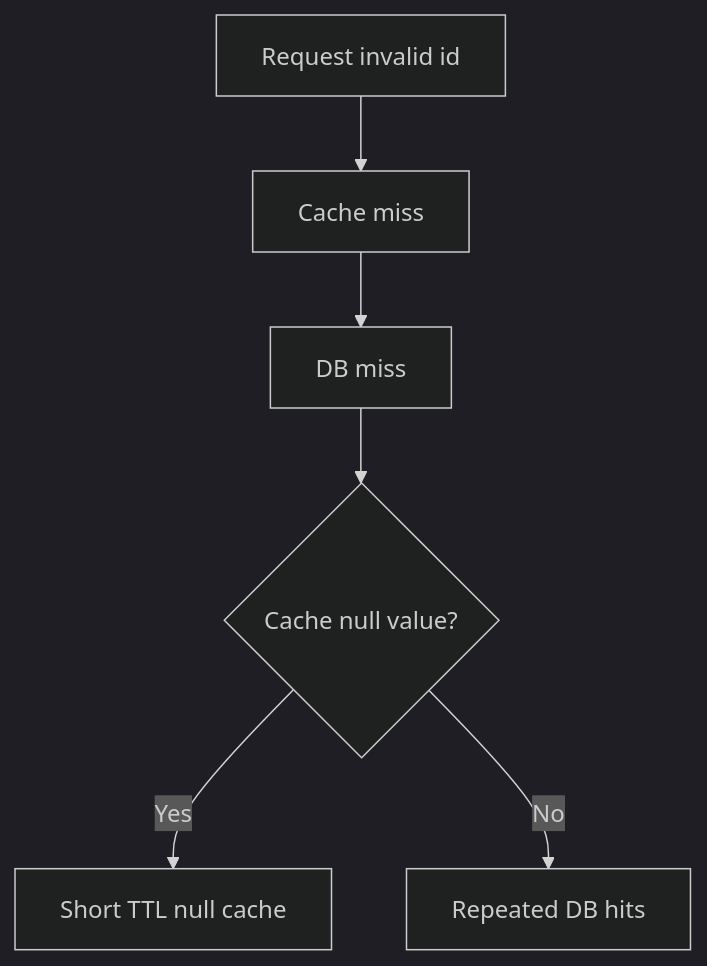
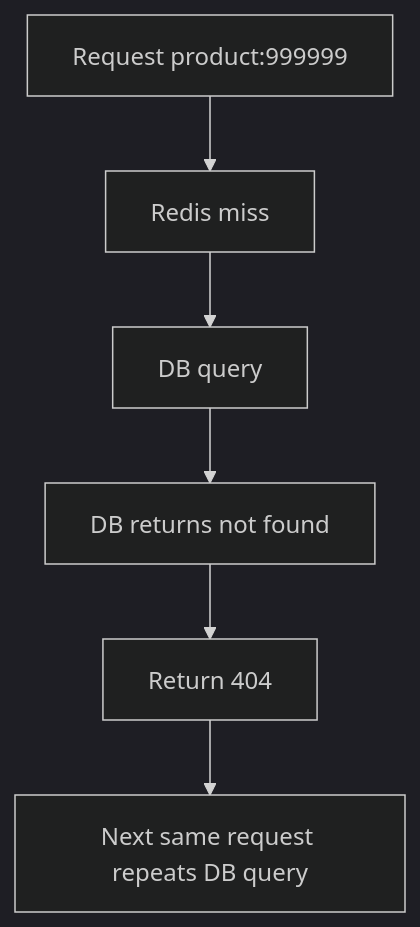
The first of 4 diagrams in docs/cache/cache-penetration.md (AmazingCaddy/readings-backend), drawn with Mermaid (dark theme) before and after one commit. The commit also changed other lines of this file, not shown here.

Commit message:
docs: expand cache penetration guide

````diff
--- a/docs/cache/cache-penetration.md
+++ b/docs/cache/cache-penetration.md
@@ -9,8 +44,8 @@
 ```mermaid
 flowchart TD
-    A[Request invalid id] --> B[Cache miss]
-    B --> C[DB miss]
-    C --> D{Cache null value?}
-    D -->|Yes| E[Short TTL null cache]
-    D -->|No| F[Repeated DB hits]
+    A[Request product:999999] --> B[Redis miss]
+    B --> C[DB query]
+    C --> D[DB returns not found]
+    D --> E[Return 404]
+    E --> F[Next same request repeats DB query]
 ```
````
